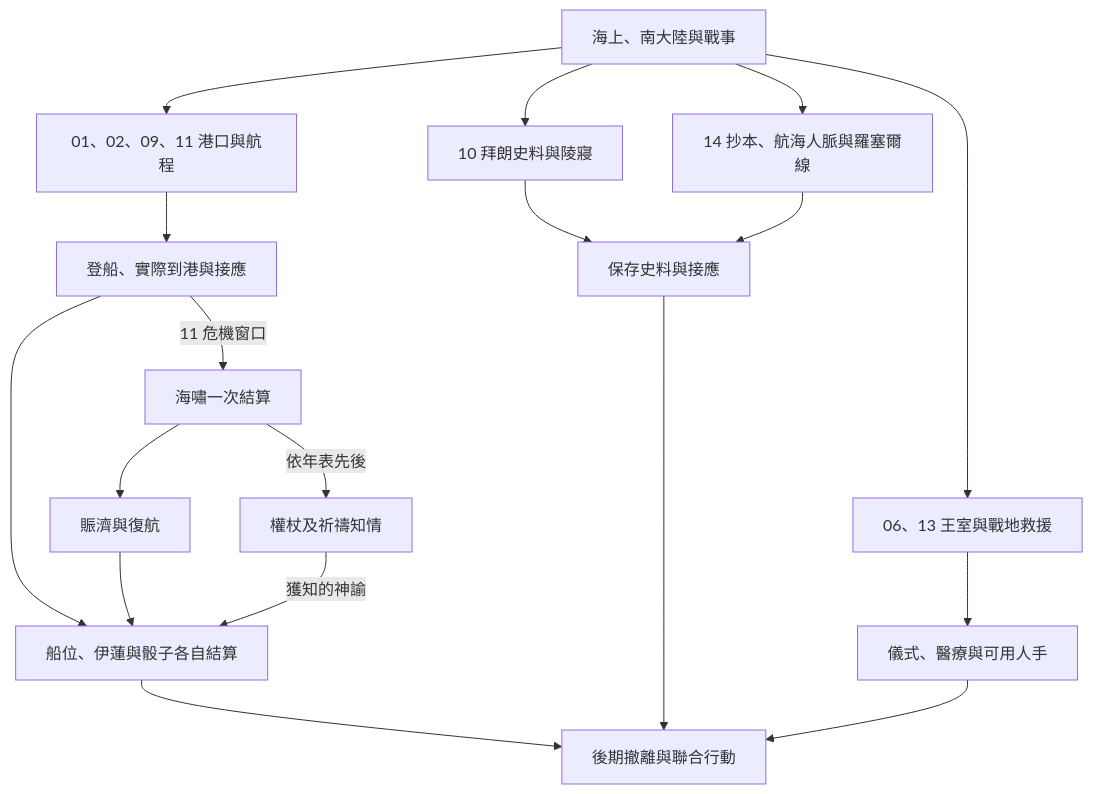
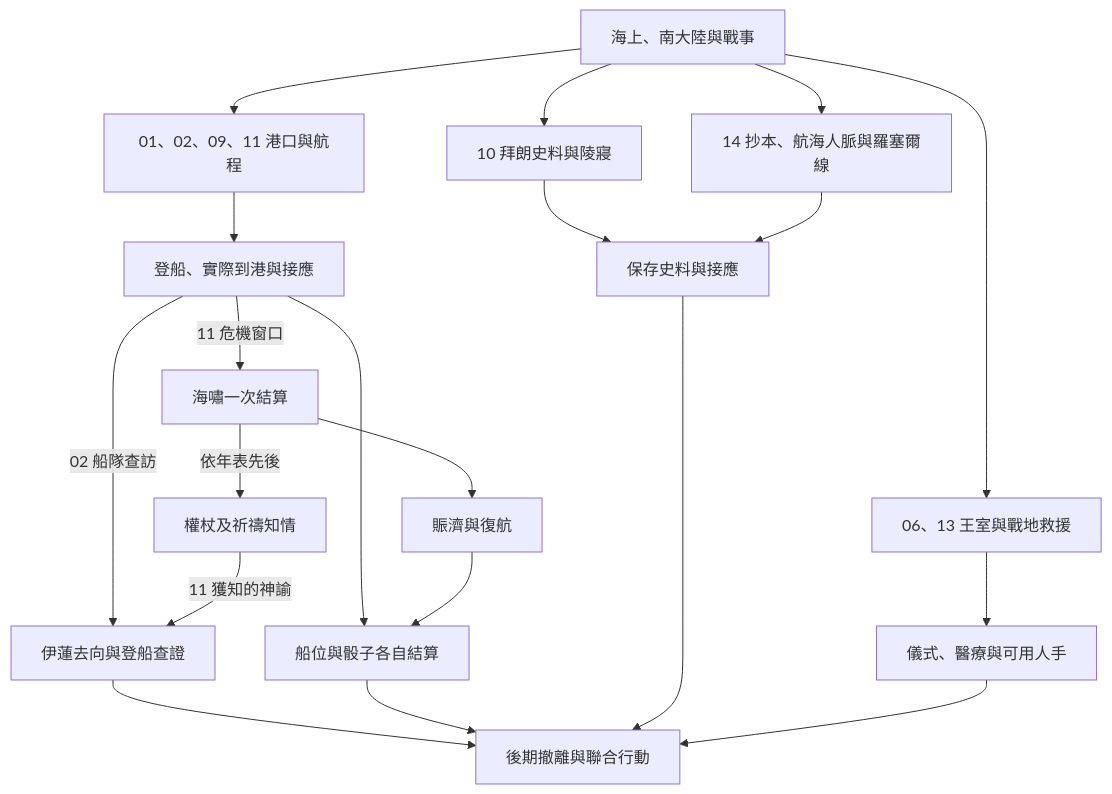
The fifth of 7 diagrams in game/events/part_one_story_tree.md (dragon961204-cmd/-), drawn with Mermaid before and after one commit. The commit also changed other lines of this file, not shown here.

Commit message:
第十五批紅髮伊蓮與黑死號 part_one_story_tree.md

````diff
--- a/game/events/part_one_story_tree.md
+++ b/game/events/part_one_story_tree.md
@@ -93,20 +93,22 @@
 ```mermaid
 flowchart TD
     A["海上、南大陸與戰事"] --> B["01、02、09、11 港口與航程"]
     A --> C["10 拜朗史料與陵寢"]
     A --> D["14 抄本、航海人脈與羅塞爾線"]
     A --> E["06、13 王室與戰地救援"]
     B --> J["登船、實際到港與接應"]
-    J --> F["船位、伊蓮與骰子各自結算"]
+    J --> F["船位與骰子各自結算"]
+    J -->|"02 船隊查訪"| N["伊蓮去向與登船查證"]
     J -->|"11 危機窗口"| K["海嘯一次結算"]
     K --> L["賑濟與復航"]
     K -->|"依年表先後"| M["權杖及祈禱知情"]
     L --> F
-    M -->|"獲知的神諭"| F
+    M -->|"11 獲知的神諭"| N
+    N --> I
     C --> G["保存史料與接應"]
     D --> G
     E --> H["儀式、醫療與可用人手"]
     F --> I["後期撤離與聯合行動"]
     G --> I
     H --> I
 ```
````
